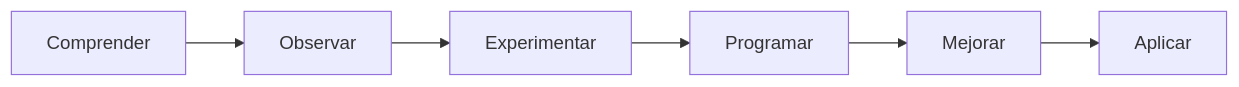
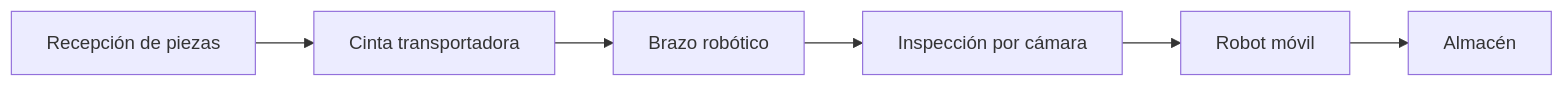
One commit to josellagosta-collab/Libro-CoppeliaSim-FP changed the third of 3 diagrams in docs/parte1/capitulo01.md. Above: the diagram before and after it, drawn with Mermaid. The commit also changed other lines of this file and 39 other files, not shown here.

````diff
--- a/docs/parte1/capitulo01.md
+++ b/docs/parte1/capitulo01.md
@@ -332,25 +865,25 @@
 ```mermaid
 flowchart LR
 
-A[Comprender]
+A[Recepción de piezas]
 
 -->
 
-B[Observar]
+B[Cinta transportadora]
 
 -->
 
-C[Experimentar]
+C[Brazo robótico]
 
 -->
 
-D[Programar]
+D[Inspección por cámara]
 
 -->
 
-E[Mejorar]
+E[Robot móvil]
 
 -->
 
-F[Aplicar]
+F[Almacén]
 ```
````
